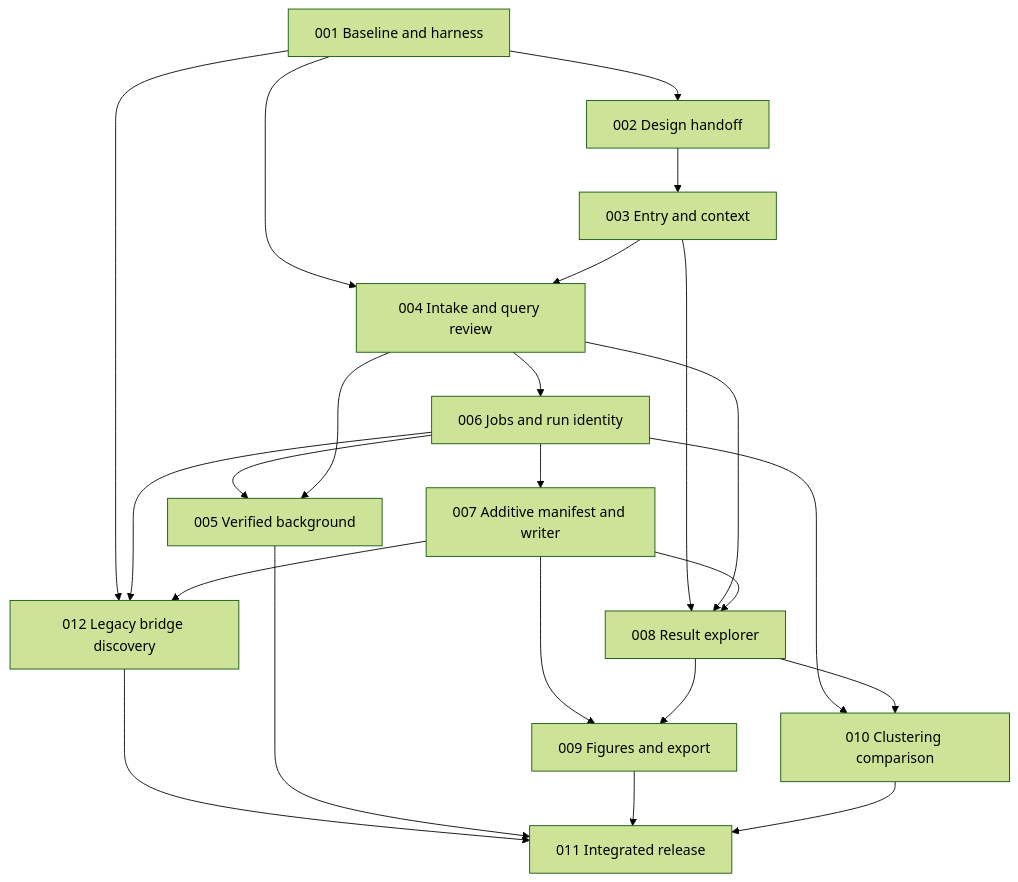
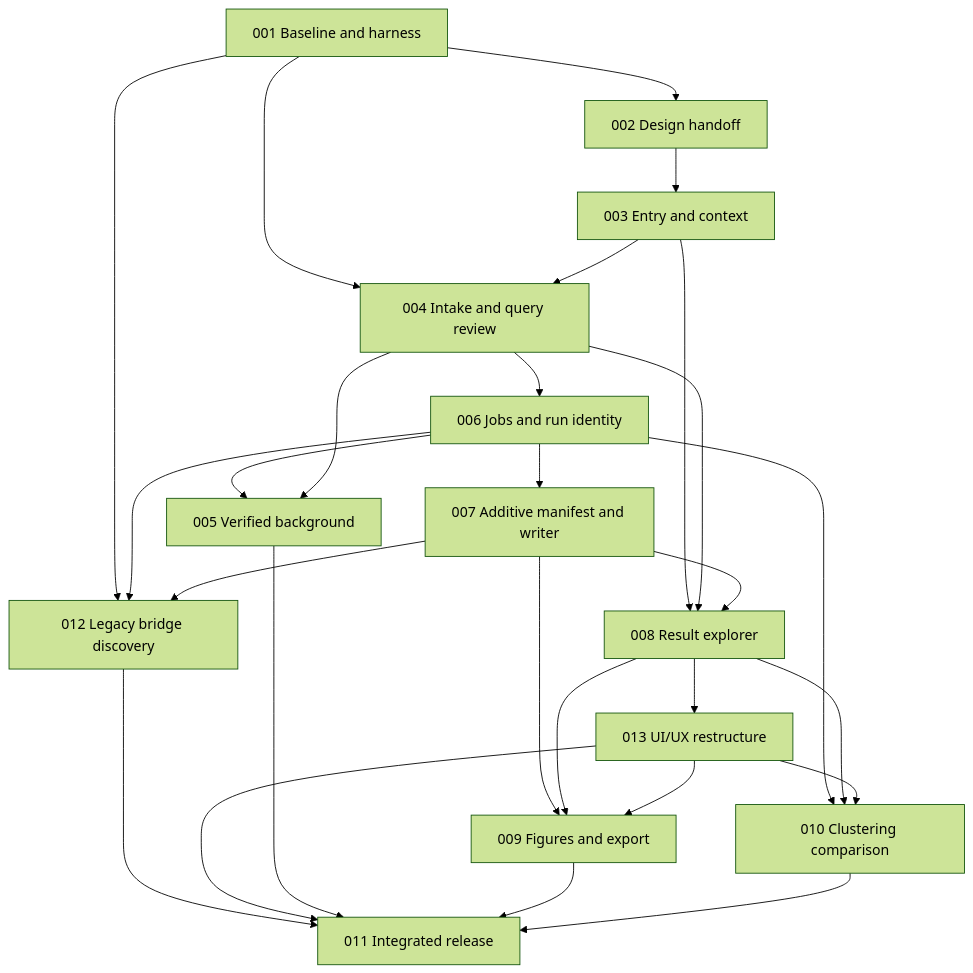
Before and after one commit to hurlab/richStudio: the diagram in docs/specs/SPEC-WORKSPACE-001/plan.md, drawn with Mermaid (forest theme). The commit also changed other lines of this file and 8 other files, not shown here.

````diff
--- a/docs/specs/SPEC-WORKSPACE-001/plan.md
+++ b/docs/specs/SPEC-WORKSPACE-001/plan.md
@@ -57,25 +58,29 @@
 ```mermaid
 flowchart TD
     S1[001 Baseline and harness] --> S2[002 Design handoff]
     S2 --> S3[003 Entry and context]
     S1 --> S4[004 Intake and query review]
     S3 --> S4
     S4 --> S6[006 Jobs and run identity]
     S6 --> S5[005 Verified background]
     S4 --> S5
     S6 --> S7[007 Additive manifest and writer]
     S3 --> S8[008 Result explorer]
     S4 --> S8
     S7 --> S8
     S7 --> S9[009 Figures and export]
     S8 --> S9
     S6 --> S10[010 Clustering comparison]
     S8 --> S10
     S1 --> S12[012 Legacy bridge discovery]
     S6 --> S12
     S7 --> S12
     S12 --> S11[011 Integrated release]
+    S8 --> S13[013 UI/UX restructure]
+    S13 --> S9
+    S13 --> S10
+    S13 --> S11
     S5 --> S11
     S9 --> S11
     S10 --> S11
 ```
````
